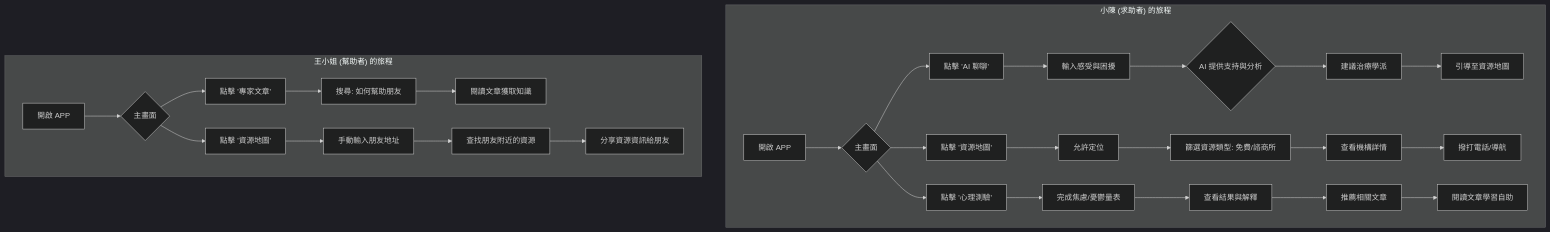
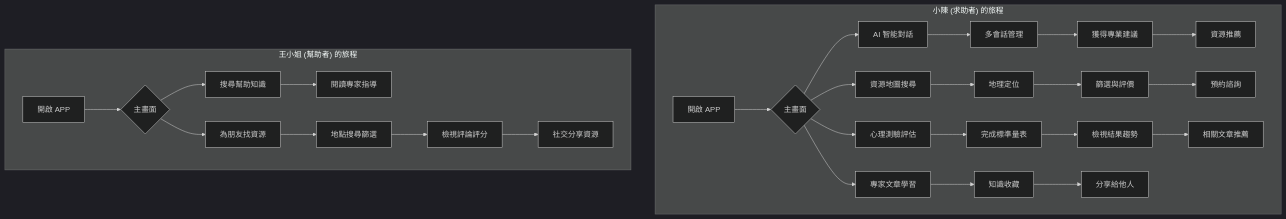
The first of 2 diagrams in readme.md (estateangela/mindhelp), drawn with Mermaid (dark theme) before and after one commit. The commit also changed other lines of this file and 1 other file, not shown here.

````diff
--- a/readme.md
+++ b/readme.md
@@ -2,35 +79,35 @@
 ```mermaid
 flowchart TD
     subgraph "小陳 (求助者) 的旅程"
-        A[開啟 APP] --> B{主畫面};
-        B --> C[點擊 'AI 聊聊'];
-        C --> D[輸入感受與困擾];
-        D --> E{AI 提供支持與分析};
-        E --> F[建議治療學派];
-        F --> G[引導至資源地圖];
+        A[開啟 APP] --> B{主畫面}
+        B --> C[AI 智能對話]
+        C --> D[多會話管理]
+        D --> E[獲得專業建議]
+        E --> F[資源推薦]
 
-        B --> H[點擊 '資源地圖'];
-        H --> I[允許定位];
-        I --> J[篩選資源類型: 免費/諮商所];
-        J --> K[查看機構詳情];
-        K --> L[撥打電話/導航];
+        B --> G[資源地圖搜尋]
+        G --> H[地理定位]
+        H --> I[篩選與評價]
+        I --> J[預約諮詢]
 
-        B --> M[點擊 '心理測驗'];
-        M --> N[完成焦慮/憂鬱量表];
-        N --> O[查看結果與解釋];
-        O --> P[推薦相關文章];
-        P --> Q[閱讀文章學習自助];
+        B --> K[心理測驗評估]  
+        K --> L[完成標準量表]
+        L --> M[檢視結果趨勢]
+        M --> N[相關文章推薦]
+        
+        B --> O[專家文章學習]
+        O --> P[知識收藏]
+        P --> Q[分享給他人]
     end
 
     subgraph "王小姐 (幫助者) 的旅程"
-        R[開啟 APP] --> S{主畫面};
-        S --> T[點擊 '專家文章'];
-        T --> U[搜尋: 如何幫助朋友];
-        U --> V[閱讀文章獲取知識];
-
-        S --> W[點擊 '資源地圖'];
-        W --> X[手動輸入朋友地址];
-        X --> Y[查找朋友附近的資源];
-        Y --> Z[分享資源資訊給朋友];
+        R[開啟 APP] --> S{主畫面}
+        S --> T[搜尋幫助知識]
+        T --> U[閱讀專家指導]
+        
+        S --> V[為朋友找資源]
+        V --> W[地點搜尋篩選]  
+        W --> X[檢視評論評分]
+        X --> Y[社交分享資源]
     end
 ```
````
